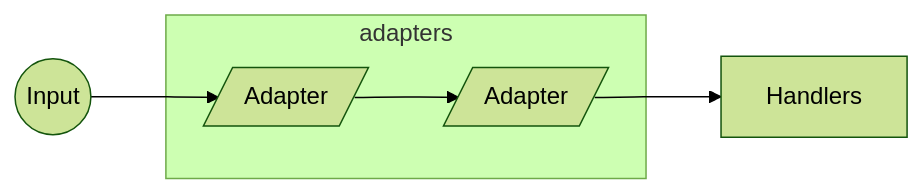
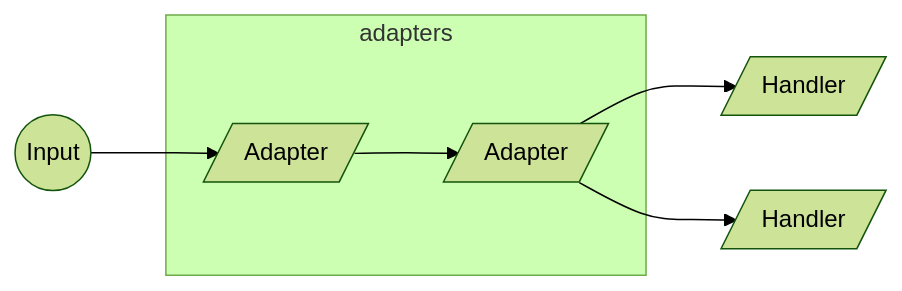
The first of 4 diagrams in README.md (goncalo-oliveira/channels), drawn with Mermaid (forest theme) before and after one commit.

````diff
--- a/README.md
+++ b/README.md
@@ -13,8 +13,9 @@
 ```mermaid
 graph LR;
     channelInput((Input)) --> a1[/Adapter/]
     subgraph adapters
     a1 --> a2[/Adapter/]
     end
-    a2 --> Handlers
+    a2 --> h1[/Handler/]
+    a2 --> h2[/Handler/]
 ```
````
